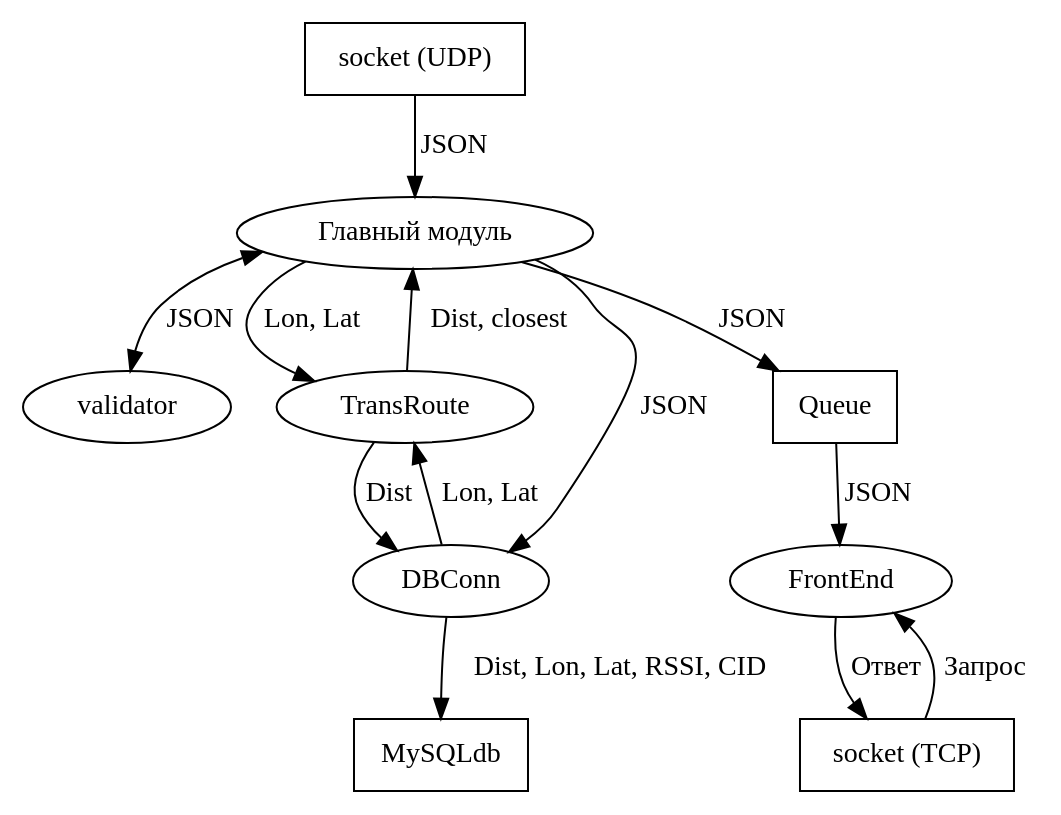
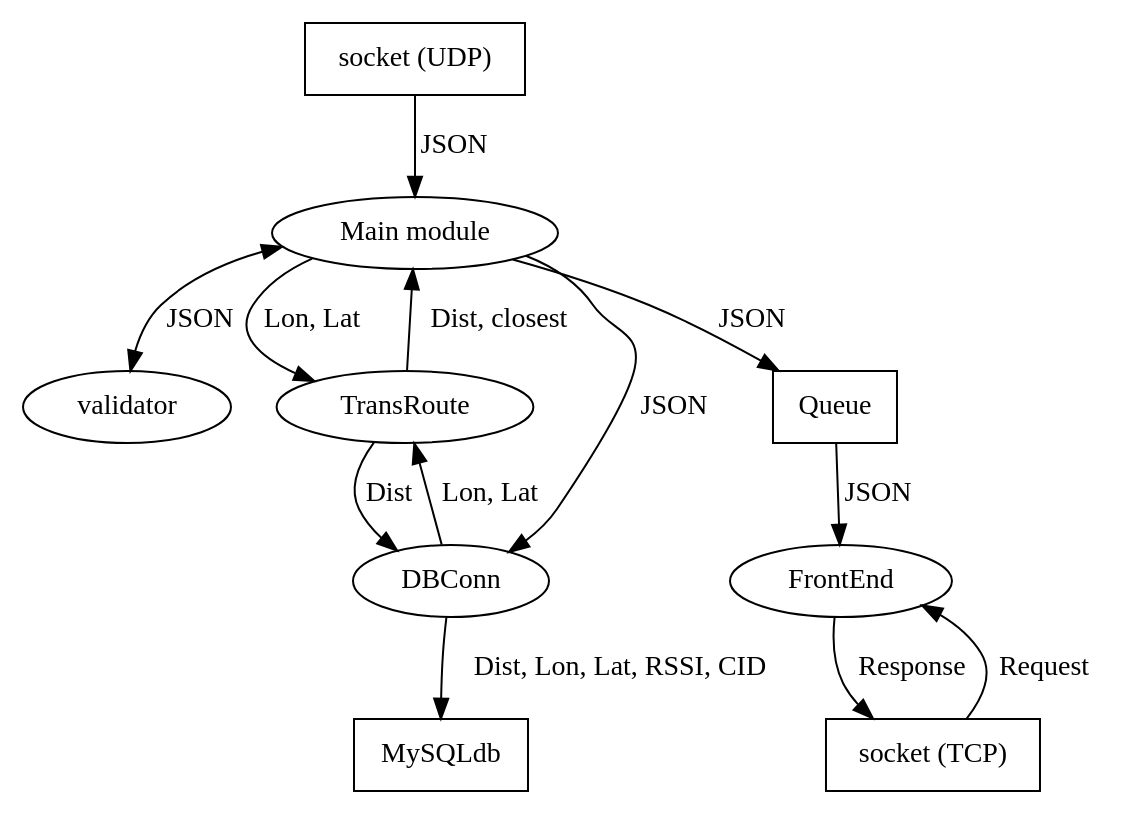
The diagram in diplom-kovalev/images/server-collect-dataflow.dot (kosonya/tatmon), drawn with Graphviz before and after one commit. The commit also changed 173 other files, not shown here.

```diff
--- a/diplom-kovalev/images/server-collect-dataflow.dot
+++ b/diplom-kovalev/images/server-collect-dataflow.dot
@@ -1,27 +1,27 @@
 digraph G{
-	main [label = "Главный модуль"]
+	main [label = "Main module"]
 	validator [label = "validator"]
 	transroute [label = "TransRoute"]
 	dbconn [label = "DBConn"]
 	frontend [label = "FrontEnd"]
 
 	tcpsocket [label = "socket (TCP)" shape = "box"]
 	udpsocket [label = "socket (UDP)" shape = "box"]
 	mysqldb [label = "MySQLdb" shape = "box"]
 	queue [label = "Queue" shape = "box"]
 
 	udpsocket -> main [label = "JSON"];
 	main -> validator [label = "JSON" dir = "both"];
 	main -> transroute [label = "Lon, Lat"];
 	transroute -> main [label = "Dist, closest"];
 	main -> dbconn [label = "JSON"];
 	dbconn -> transroute [label = "Lon, Lat"];
 	transroute -> dbconn [label = "Dist"];
 	dbconn -> mysqldb [label = "Dist, Lon, Lat, RSSI, CID"];
 	main -> queue [label = "JSON"];
 	queue -> frontend [label = "JSON"];
-	frontend -> tcpsocket [label = "Ответ"];
-	tcpsocket -> frontend [label = "Запрос"];
+	frontend -> tcpsocket [label = "Response"];
+	tcpsocket -> frontend [label = "Request"];
 
 
 }
```
